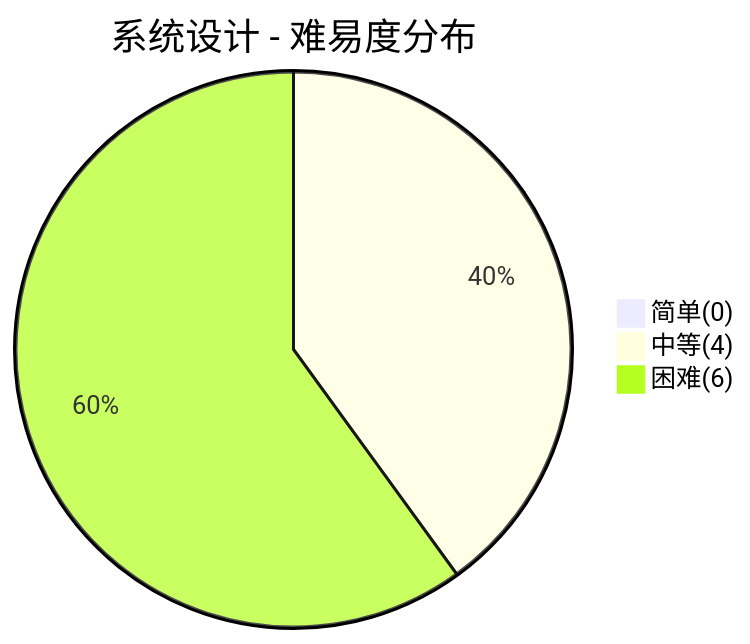
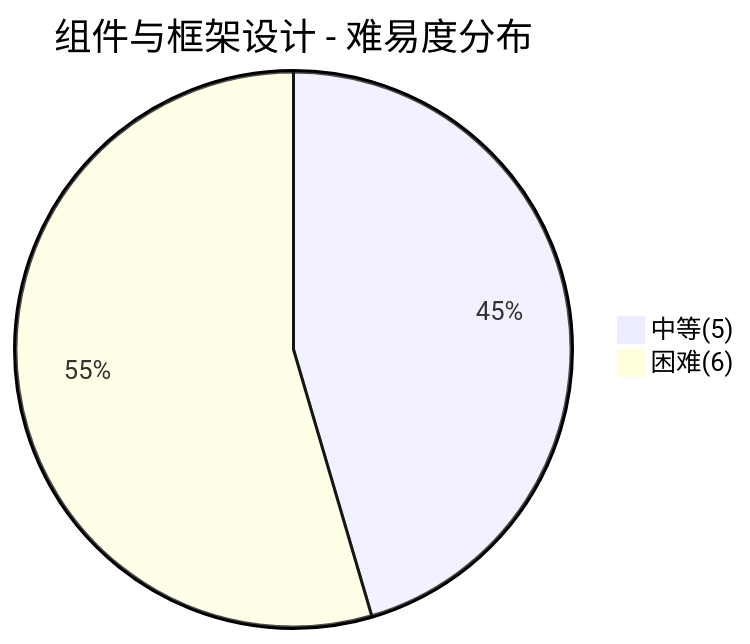
The second of 5 diagrams in docs/99.面试/设计面试.md (dunwu/waterdrop), drawn with Mermaid before and after one commit. The commit also changed other lines of this file and 10 other files, not shown here.

````diff
--- a/docs/99.面试/设计面试.md
+++ b/docs/99.面试/设计面试.md
@@ -85,6 +114,5 @@
 ```mermaid
-pie title 系统设计 - 难易度分布
-    "简单(0)" : 0
-    "中等(4)" : 4
+pie title 组件与框架设计 - 难易度分布
+    "中等(5)" : 5
     "困难(6)" : 6
 ```
````
